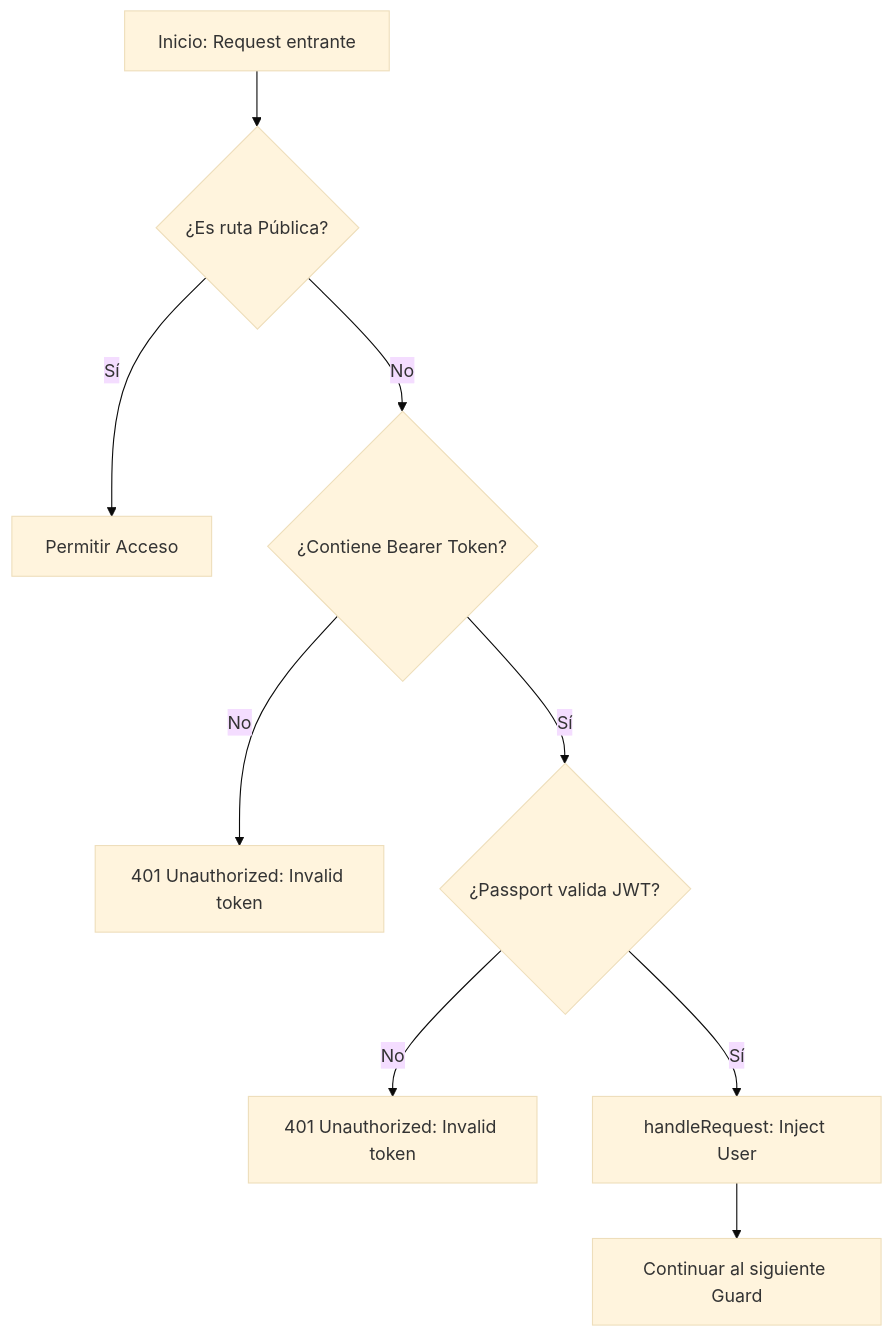
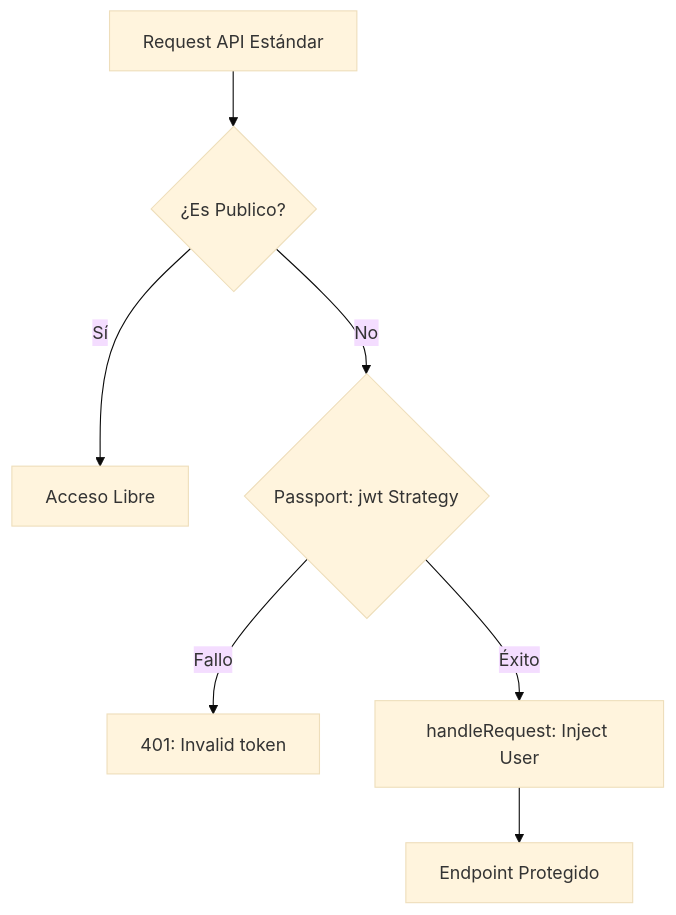
Before and after one commit to freddyhcode/nestjs-auth-boilerplate: the diagram in docs/jwt-auth.md, drawn with Mermaid (base theme). The commit also changed 1 other file, not shown here.

Commit message:
docs: restructure technical documentation

````diff
--- a/docs/jwt-auth.md
+++ b/docs/jwt-auth.md
@@ -3,11 +3,9 @@
 ```mermaid
 flowchart TD
-    A[Inicio: Request entrante] --> B{¿Es ruta Pública?}
-    B -- Sí --> C[Permitir Acceso]
-    B -- No --> D{¿Contiene Bearer Token?}
-    D -- No --> E["401 Unauthorized: Invalid token"]
-    D -- Sí --> F{¿Passport valida JWT?}
-    F -- No --> G["401 Unauthorized: Invalid token"]
-    F -- Sí --> H[handleRequest: Inject User]
-    H --> I[Continuar al siguiente Guard]
+    A[Request API Estándar] --> B{¿Es Publico?}
+    B -- Sí --> C[Acceso Libre]
+    B -- No --> D{Passport: jwt Strategy}
+    D -- Fallo --> E[401: Invalid token]
+    D -- Éxito --> F[handleRequest: Inject User]
+    F --> G[Endpoint Protegido]
 ```
````
